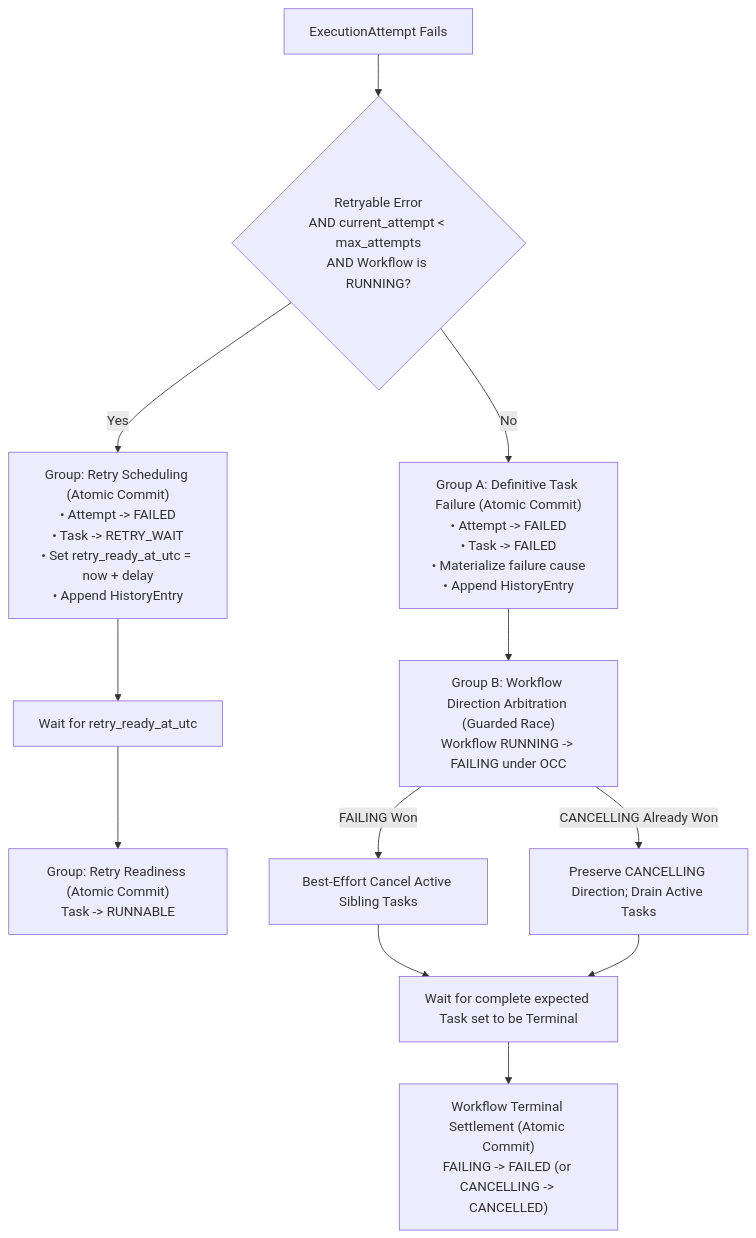
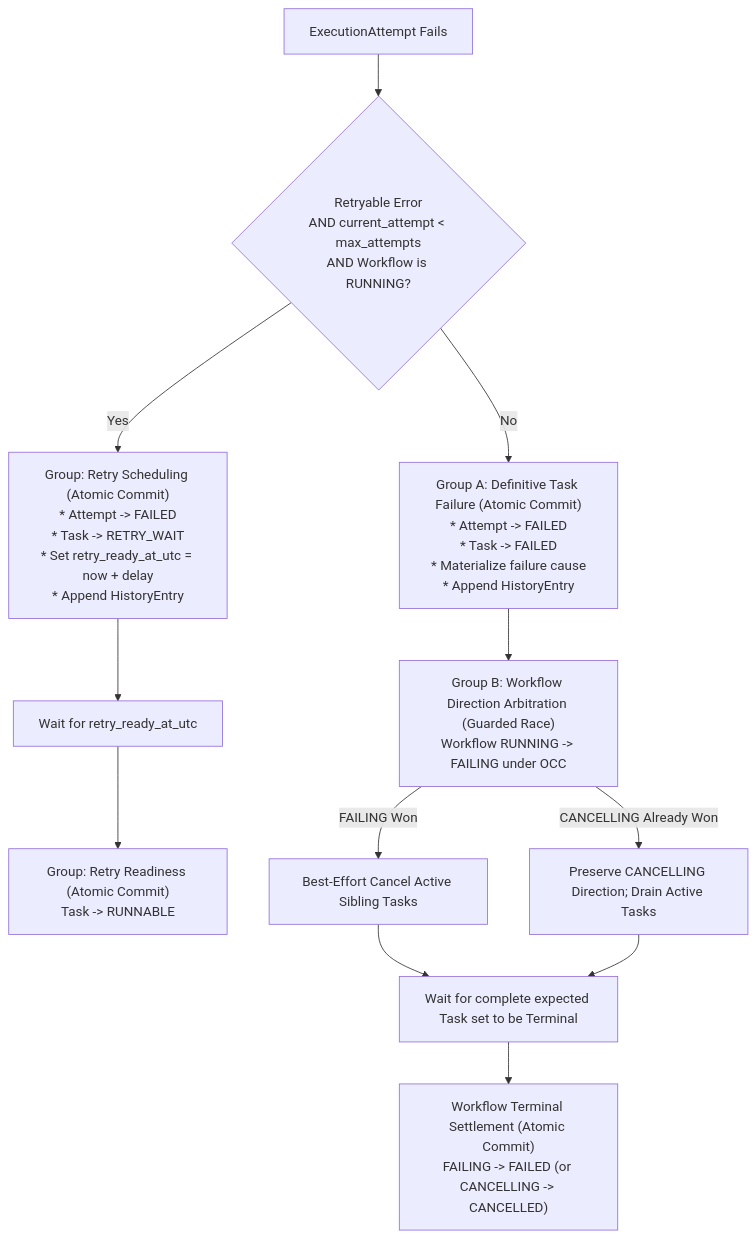
One commit to binary-beater/nexusflow changed diagram 12 of 16 in docs/architecture/nexusflow-v1-high-level-design.md. Above: the diagram before and after it, drawn with Mermaid. The commit also changed other lines of this file and 9 other files, not shown here.

````diff
--- a/docs/architecture/nexusflow-v1-high-level-design.md
+++ b/docs/architecture/nexusflow-v1-high-level-design.md
@@ -585,18 +583,18 @@
 ```mermaid
 flowchart TD
     AttemptFailed[ExecutionAttempt Fails] --> EvalRetry{Retryable Error<br>AND current_attempt < max_attempts<br>AND Workflow is RUNNING?}
-    
-    EvalRetry -- Yes --> CommitRetryWait["Group: Retry Scheduling (Atomic Commit)<br>• Attempt -> FAILED<br>• Task -> RETRY_WAIT<br>• Set retry_ready_at_utc = now + delay<br>• Append HistoryEntry"]
+
+    EvalRetry -- Yes --> CommitRetryWait["Group: Retry Scheduling (Atomic Commit)<br>* Attempt -> FAILED<br>* Task -> RETRY_WAIT<br>* Set retry_ready_at_utc = now + delay<br>* Append HistoryEntry"]
     CommitRetryWait --> AwaitTimer[Wait for retry_ready_at_utc]
     AwaitTimer --> MarkRunnable["Group: Retry Readiness (Atomic Commit)<br>Task -> RUNNABLE"]
-    
-    EvalRetry -- No --> CommitDefinitiveFailure["Group A: Definitive Task Failure (Atomic Commit)<br>• Attempt -> FAILED<br>• Task -> FAILED<br>• Materialize failure cause<br>• Append HistoryEntry"]
+
+    EvalRetry -- No --> CommitDefinitiveFailure["Group A: Definitive Task Failure (Atomic Commit)<br>* Attempt -> FAILED<br>* Task -> FAILED<br>* Materialize failure cause<br>* Append HistoryEntry"]
     CommitDefinitiveFailure --> ArbitrateWorkflow["Group B: Workflow Direction Arbitration (Guarded Race)<br>Workflow RUNNING -> FAILING under OCC"]
-    
+
     ArbitrateWorkflow -- FAILING Won --> CancelSiblings[Best-Effort Cancel Active Sibling Tasks]
     ArbitrateWorkflow -- CANCELLING Already Won --> DrainCancelled[Preserve CANCELLING Direction; Drain Active Tasks]
-    
+
     CancelSiblings --> SettleWorkflow[Wait for complete expected Task set to be Terminal]
     DrainCancelled --> SettleWorkflow
     SettleWorkflow --> CommitWorkflowTerminal["Workflow Terminal Settlement (Atomic Commit)<br>FAILING -> FAILED (or CANCELLING -> CANCELLED)"]
 ```
````
